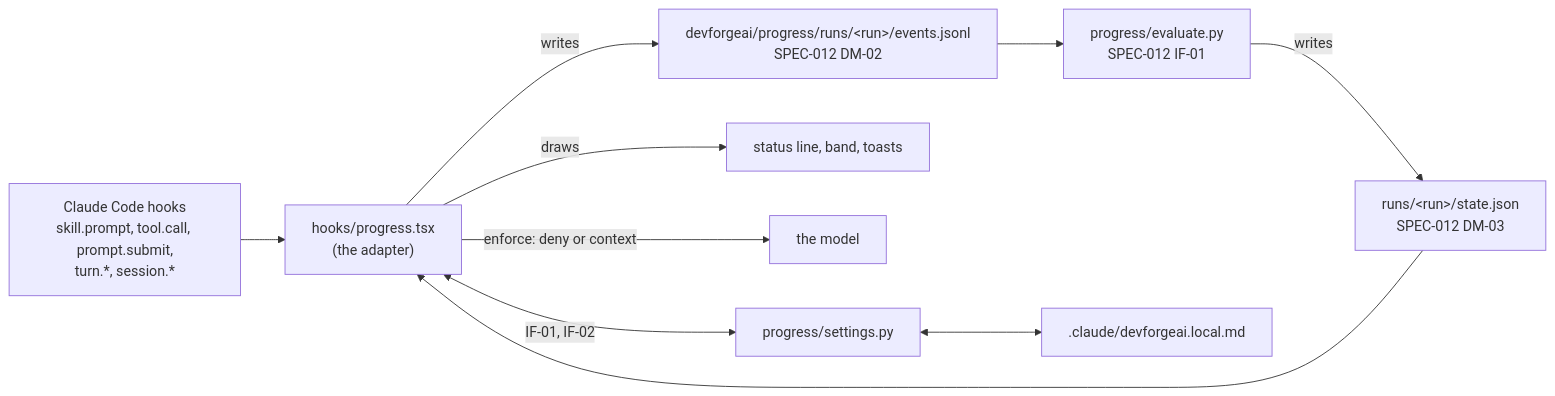
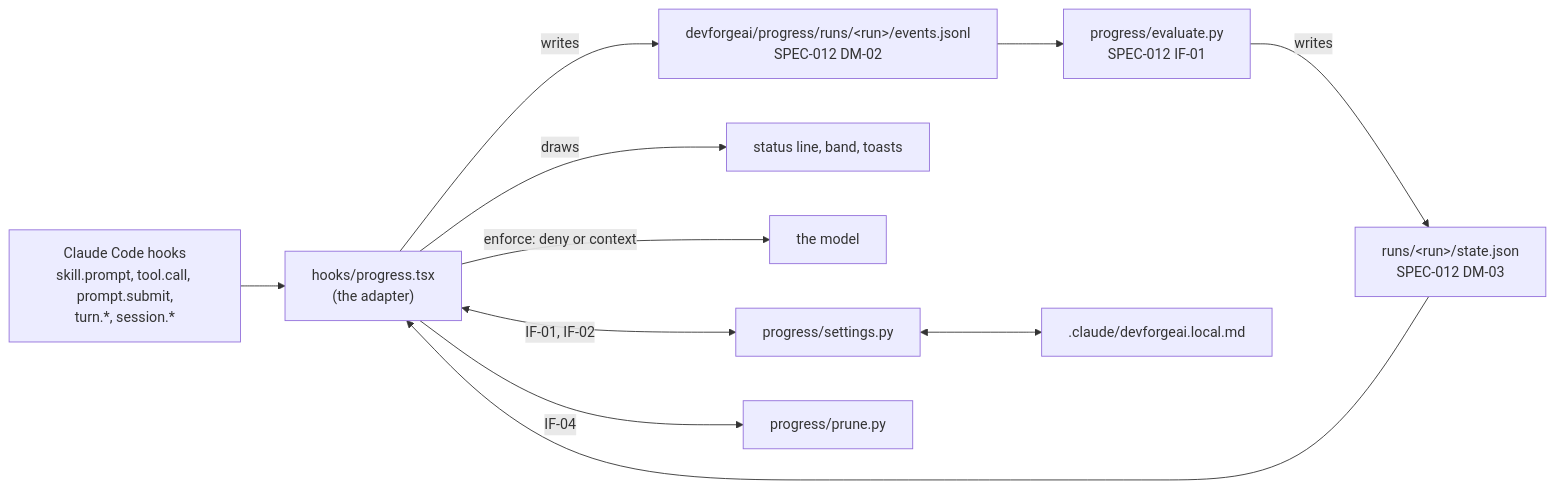
The diagram in docs/specs/spec/SPEC-013.md (bankielewicz/DevForgeAI), drawn with Mermaid before and after one commit. The commit also changed other lines of this file, not shown here.

First line of the commit message:
docs: SPEC-013 v3 approved: per-session files, a run's own root, prune.py with retentionDays

````diff
--- a/docs/specs/spec/SPEC-013.md
+++ b/docs/specs/spec/SPEC-013.md
@@ -123,12 +133,13 @@
 ```mermaid
 flowchart LR
     H["Claude Code hooks<br/>skill.prompt, tool.call, prompt.submit,<br/>turn.*, session.*"] --> A["hooks/progress.tsx<br/>(the adapter)"]
     A -->|writes| EV["devforgeai/progress/runs/&lt;run&gt;/events.jsonl<br/>SPEC-012 DM-02"]
     EV --> E["progress/evaluate.py<br/>SPEC-012 IF-01"]
     E -->|writes| ST["runs/&lt;run&gt;/state.json<br/>SPEC-012 DM-03"]
     ST --> A
     A -->|draws| UI["status line, band, toasts"]
     A -->|enforce: deny or context| M["the model"]
     A <-->|IF-01, IF-02| S["progress/settings.py"]
+    A -->|IF-04| P["progress/prune.py"]
     S <--> L[".claude/devforgeai.local.md"]
 ```
````
